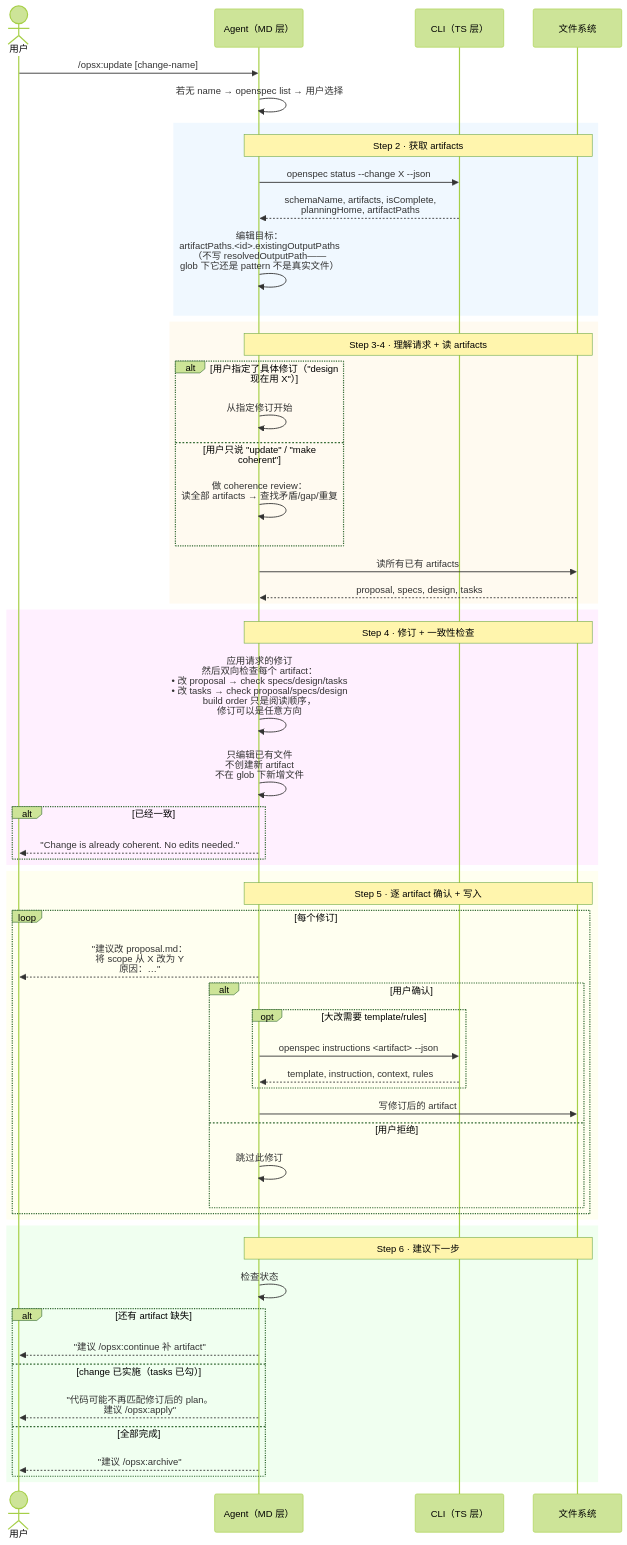
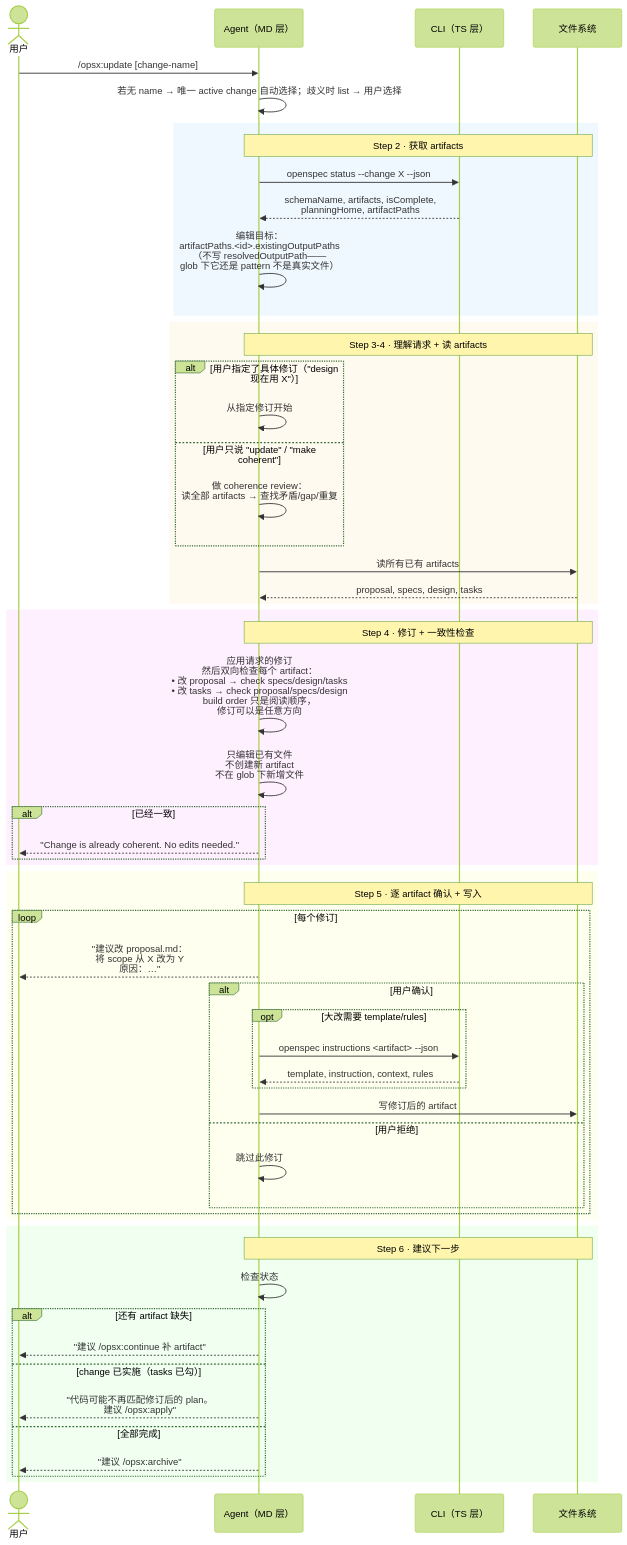
The diagram in _digested/workflows/12-update.md (ethan-jiang-3/OpenSpec), drawn with Mermaid (forest theme) before and after one commit. The commit also changed other lines of this file and 85 other files, not shown here.

````diff
--- a/_digested/workflows/12-update.md
+++ b/_digested/workflows/12-update.md
@@ -42,65 +42,65 @@
 ```mermaid
 sequenceDiagram
     actor User as 用户
     participant MD as Agent（MD 层）
     participant TS as CLI（TS 层）
     participant FS as 文件系统
 
     User->>MD: /opsx:update [change-name]
-    MD->>MD: 若无 name → openspec list → 用户选择
+    MD->>MD: 若无 name → 唯一 active change 自动选择；歧义时 list → 用户选择
 
     rect rgb(240, 248, 255)
         Note over MD,FS: Step 2 · 获取 artifacts
         MD->>TS: openspec status --change X --json
         TS-->>MD: schemaName, artifacts, isComplete,<br/>planningHome, artifactPaths
         MD->>MD: 编辑目标：<br/>artifactPaths.<id>.existingOutputPaths<br/>（不写 resolvedOutputPath——<br/>glob 下它还是 pattern 不是真实文件）
     end
 
     rect rgb(255, 250, 240)
         Note over MD,FS: Step 3-4 · 理解请求 + 读 artifacts
         alt 用户指定了具体修订（"design 现在用 X"）
             MD->>MD: 从指定修订开始
         else 用户只说 "update" / "make coherent"
             MD->>MD: 做 coherence review：<br/>读全部 artifacts → 查找矛盾/gap/重复
         end
         MD->>FS: 读所有已有 artifacts
         FS-->>MD: proposal, specs, design, tasks
     end
 
     rect rgb(255, 240, 255)
         Note over MD,FS: Step 4 · 修订 + 一致性检查
         MD->>MD: 应用请求的修订<br/>然后双向检查每个 artifact：<br/>• 改 proposal → check specs/design/tasks<br/>• 改 tasks → check proposal/specs/design<br/>build order 只是阅读顺序，<br/>修订可以是任意方向
         MD->>MD: 只编辑已有文件<br/>不创建新 artifact<br/>不在 glob 下新增文件
         alt 已经一致
             MD-->>User: "Change is already coherent. No edits needed."
         end
     end
 
     rect rgb(255, 255, 240)
         Note over MD,FS: Step 5 · 逐 artifact 确认 + 写入
         loop 每个修订
             MD-->>User: "建议改 proposal.md：<br/>将 scope 从 X 改为 Y<br/>原因：…"
             alt 用户确认
                 opt 大改需要 template/rules
                     MD->>TS: openspec instructions <artifact> --json
                     TS-->>MD: template, instruction, context, rules
                 end
                 MD->>FS: 写修订后的 artifact
             else 用户拒绝
                 MD->>MD: 跳过此修订
             end
         end
     end
 
     rect rgb(240, 255, 240)
         Note over MD,FS: Step 6 · 建议下一步
         MD->>MD: 检查状态
         alt 还有 artifact 缺失
             MD-->>User: "建议 /opsx:continue 补 artifact"
         else change 已实施（tasks 已勾）
             MD-->>User: "代码可能不再匹配修订后的 plan。<br/>建议 /opsx:apply"
         else 全部完成
             MD-->>User: "建议 /opsx:archive"
         end
     end
 ```
````
